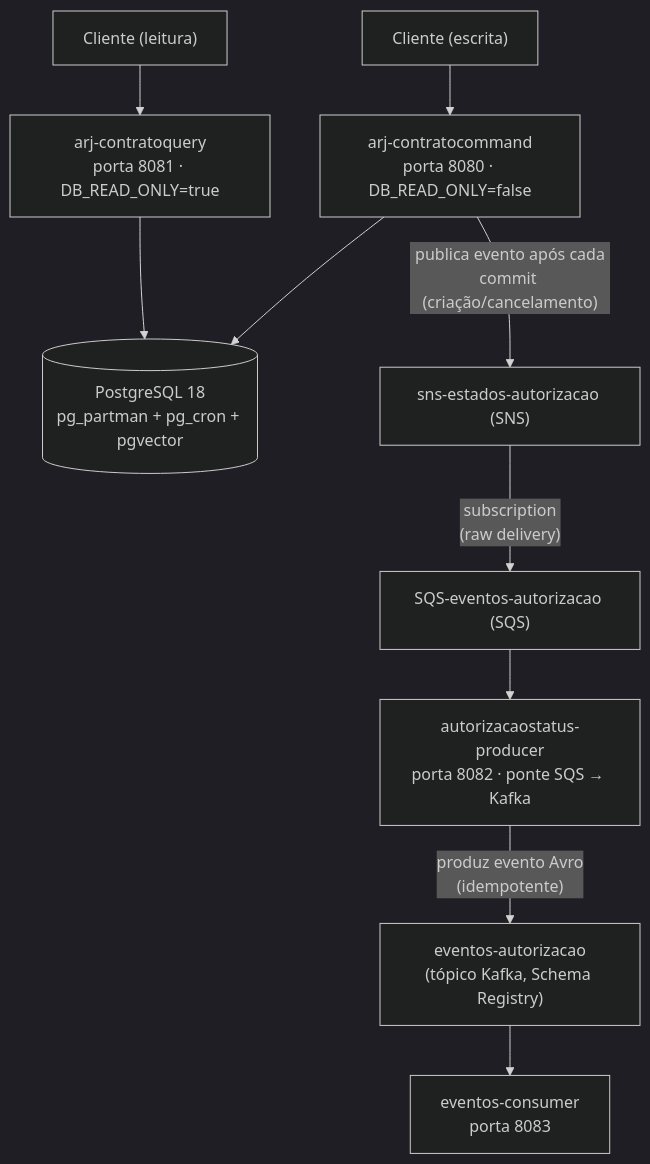
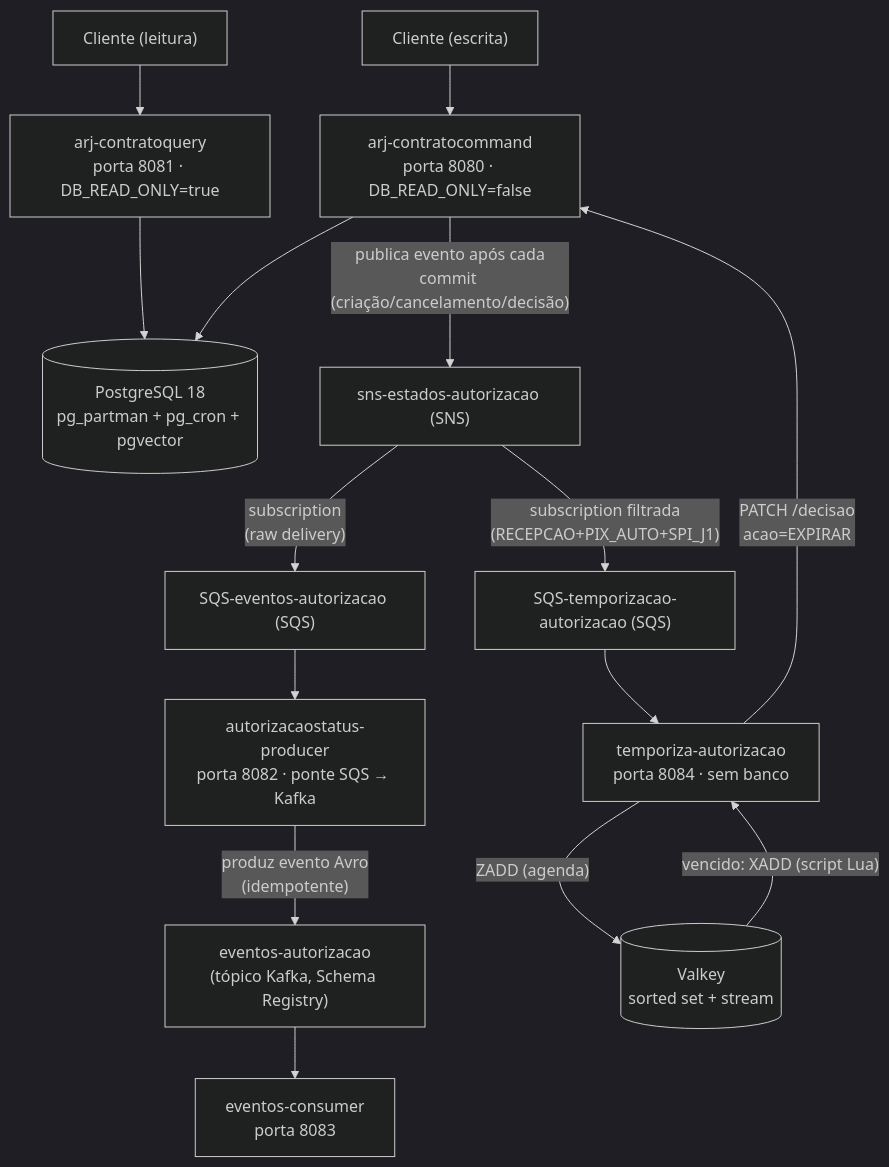
Before and after one commit to srportto/arj-pagrecorrentes-dbrelacional: the diagram in README.md, drawn with Mermaid (dark theme). The commit also changed other lines of this file and 129 other files, not shown here.

Commit message:
adicao feature temporizacao jornada 1 pix-auto

````diff
--- a/README.md
+++ b/README.md
@@ -5,14 +5,20 @@
 ```mermaid
 flowchart TD
     ClienteEscrita["Cliente (escrita)"] --> Command["arj-contratocommand<br/>porta 8080 · DB_READ_ONLY=false"]
     ClienteLeitura["Cliente (leitura)"] --> Query["arj-contratoquery<br/>porta 8081 · DB_READ_ONLY=true"]
 
     Command --> Postgres[("PostgreSQL 18<br/>pg_partman + pg_cron + pgvector")]
     Query --> Postgres
 
-    Command -->|"publica evento após cada<br/>commit (criação/cancelamento)"| SNS["sns-estados-autorizacao (SNS)"]
+    Command -->|"publica evento após cada<br/>commit (criação/cancelamento/decisão)"| SNS["sns-estados-autorizacao (SNS)"]
     SNS -->|"subscription<br/>(raw delivery)"| SQS["SQS-eventos-autorizacao (SQS)"]
     SQS --> Producer["autorizacaostatus-producer<br/>porta 8082 · ponte SQS → Kafka"]
     Producer -->|"produz evento Avro<br/>(idempotente)"| Kafka["eventos-autorizacao<br/>(tópico Kafka, Schema Registry)"]
     Kafka --> Consumer["eventos-consumer<br/>porta 8083"]
+
+    SNS -->|"subscription filtrada<br/>(RECEPCAO+PIX_AUTO+SPI_J1)"| SQST["SQS-temporizacao-autorizacao (SQS)"]
+    SQST --> Temporiza["temporiza-autorizacao<br/>porta 8084 · sem banco"]
+    Temporiza -->|"ZADD (agenda)"| Valkey[("Valkey<br/>sorted set + stream")]
+    Valkey -->|"vencido: XADD (script Lua)"| Temporiza
+    Temporiza -->|"PATCH /decisao<br/>acao=EXPIRAR"| Command
 ```
````
